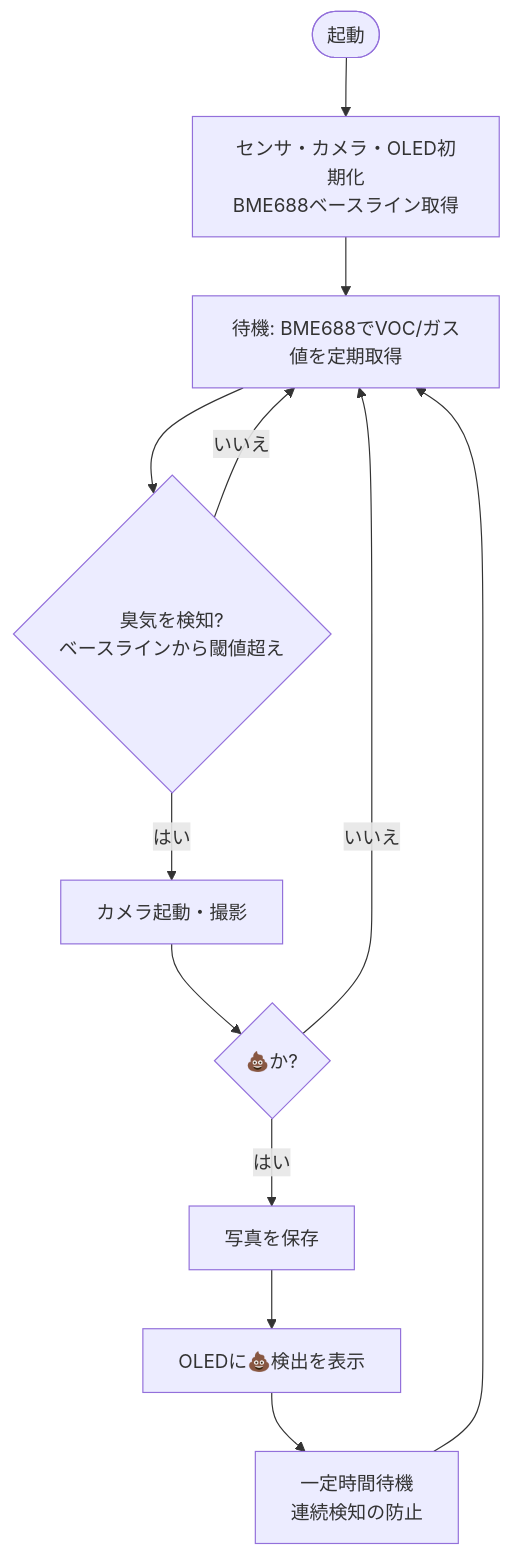
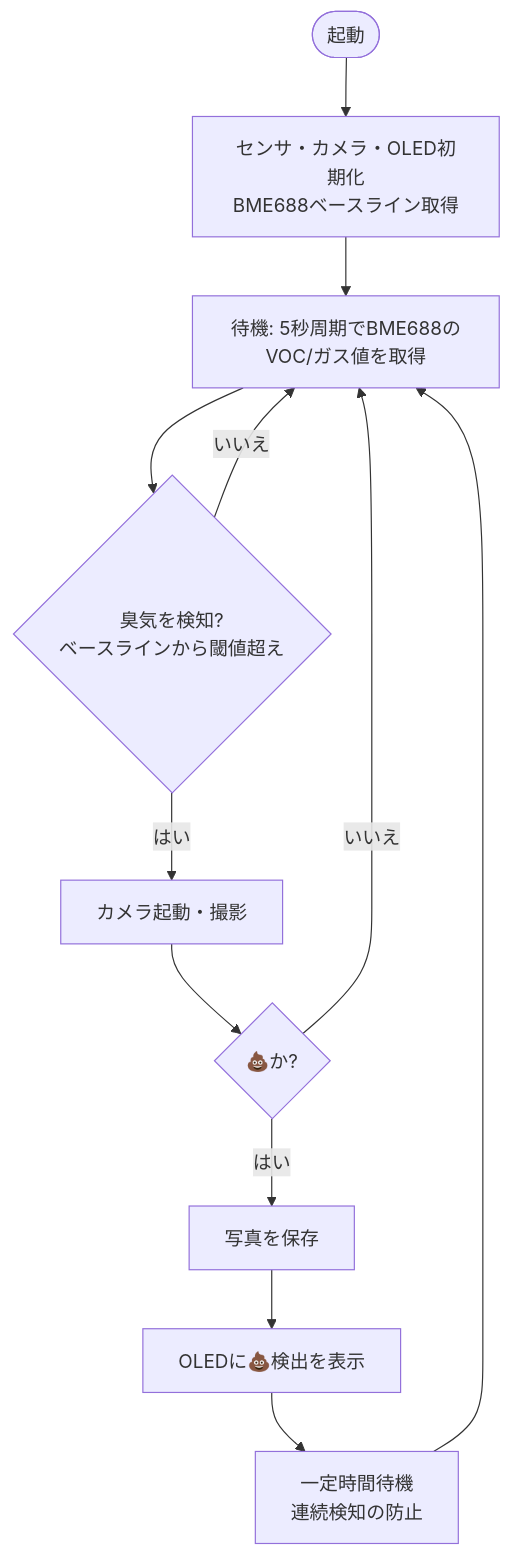
The second of 2 diagrams in docs/phase1/design.md (HatoriIchigo/poop-detector), drawn with Mermaid before and after one commit. The commit also changed other lines of this file and 2 other files, not shown here.

````diff
--- a/docs/phase1/design.md
+++ b/docs/phase1/design.md
@@ -64,14 +64,14 @@
 ```mermaid
 flowchart TD
     Start([起動]) --> Init[センサ・カメラ・OLED初期化<br/>BME688ベースライン取得]
-    Init --> Wait[待機: BME688でVOC/ガス値を定期取得]
+    Init --> Wait[待機: 5秒周期でBME688のVOC/ガス値を取得]
     Wait --> Odor{臭気を検知?<br/>ベースラインから閾値超え}
     Odor -- いいえ --> Wait
     Odor -- はい --> Cam[カメラ起動・撮影]
     Cam --> Judge{💩か?}
     Judge -- いいえ --> Wait
     Judge -- はい --> Save[写真を保存]
     Save --> Show[OLEDに💩検出を表示]
     Show --> Cooldown[一定時間待機<br/>連続検知の防止]
     Cooldown --> Wait
 ```
````
